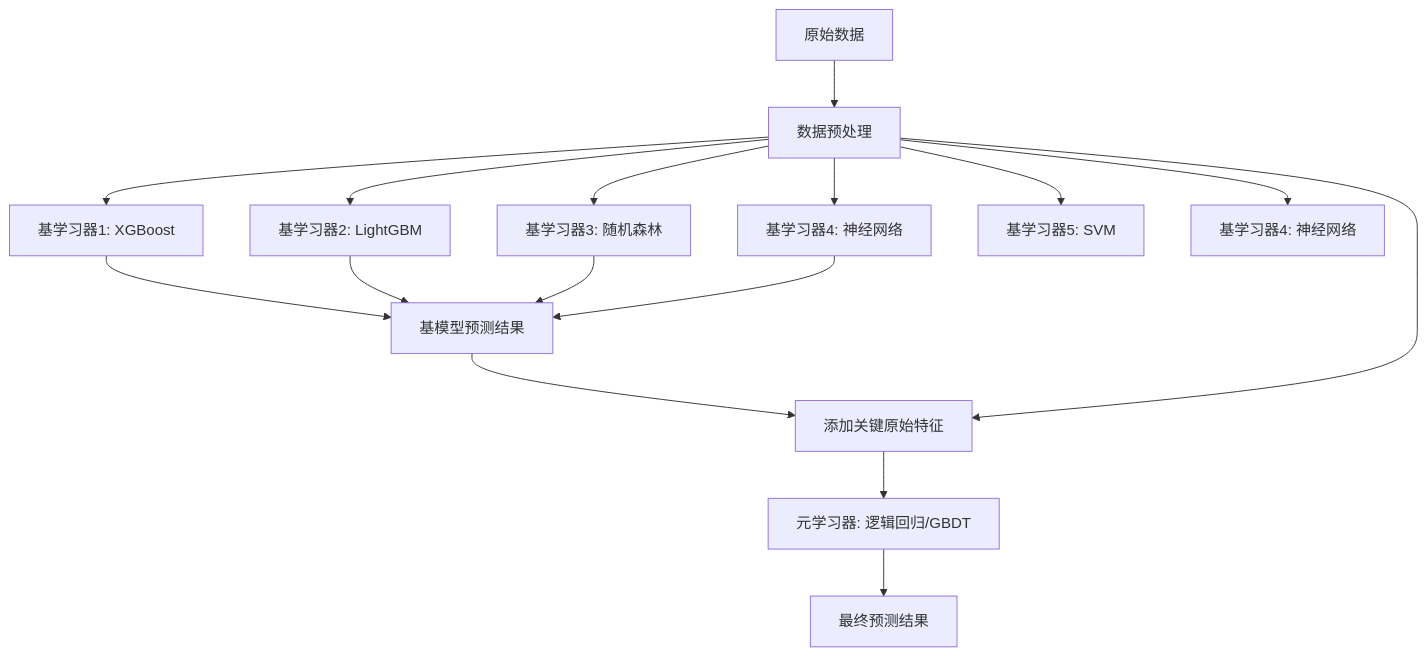
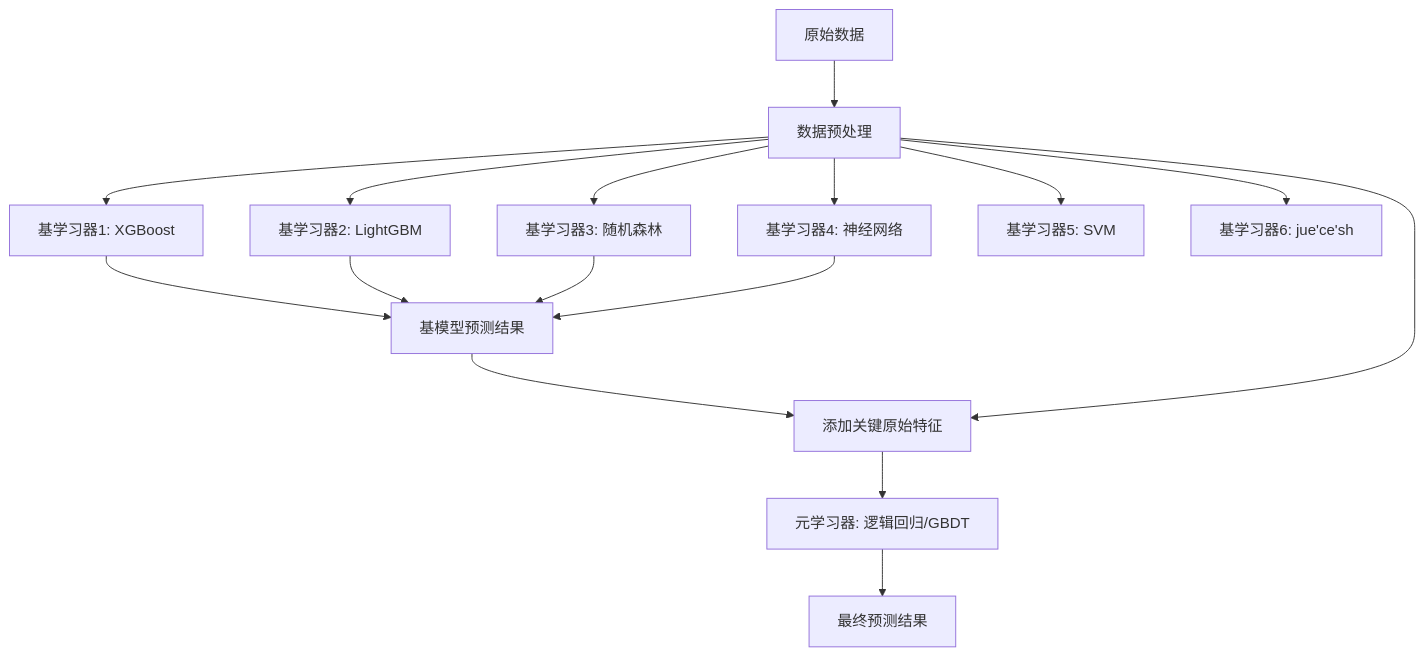
The diagram in all/未命名.md (fromwhitetoblack/iodraw-files), drawn with Mermaid before and after one commit.

Commit message:
2025-03-11 12:00:20 update

````diff
--- a/all/未命名.md
+++ b/all/未命名.md
@@ -1,18 +1,18 @@
 ```mermaid
 graph TD
     A[原始数据] --> B[数据预处理]
     B --> C1[基学习器1: XGBoost]
     B --> C2[基学习器2: LightGBM]
     B --> C3[基学习器3: 随机森林]
     B --> C4[基学习器4: 神经网络]
     B --> C5[基学习器5: SVM]
-    B --> C6[基学习器4: 神经网络]
+    B --> C6[基学习器6: jue'ce'sh]
     C1 --> D[基模型预测结果]
     C2 --> D
     C3 --> D
     C4 --> D
     D --> E[元学习器输入特征]
     B --> E[添加关键原始特征]
     E --> F[元学习器: 逻辑回归/GBDT]
     F --> G[最终预测结果]
 ```
````
